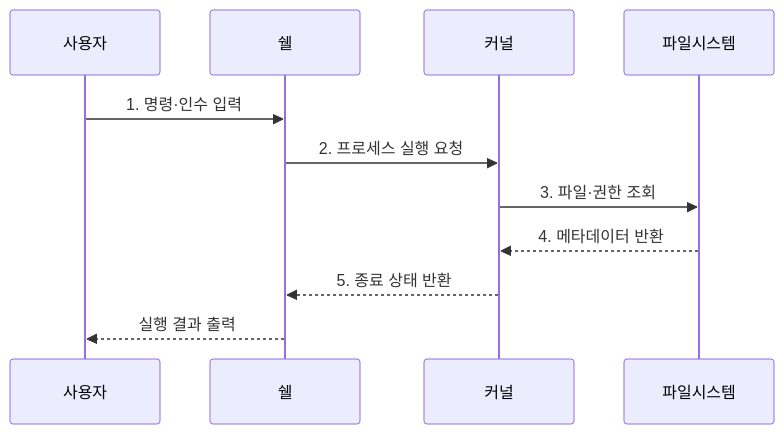
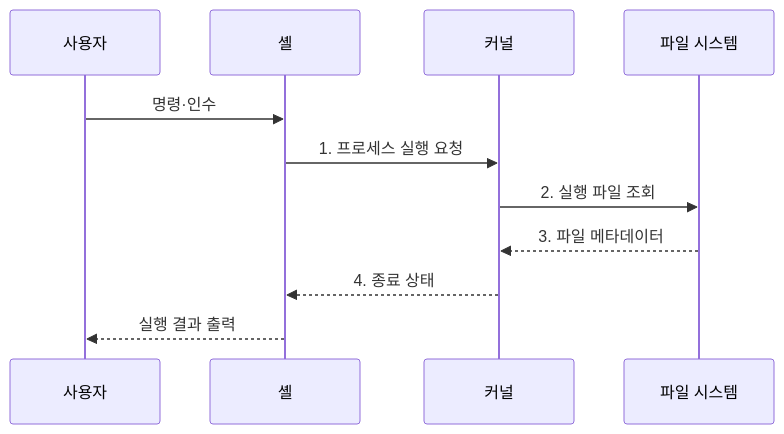
The second of 2 diagrams in src/content/docs/notes/03-software/023_unix_kernel_shell.md (agnusdei1207/knowledge-base), drawn with Mermaid before and after one commit. The commit also changed other lines of this file and 20 other files, not shown here.

````diff
--- a/src/content/docs/notes/03-software/023_unix_kernel_shell.md
+++ b/src/content/docs/notes/03-software/023_unix_kernel_shell.md
@@ -90,13 +92,13 @@
 ```mermaid
 sequenceDiagram
     participant U as 사용자
-    participant S as 쉘
+    participant S as 셸
     participant K as 커널
-    participant F as 파일시스템
-    U->>S: 1. 명령·인수 입력
-    S->>K: 2. 프로세스 실행 요청
-    K->>F: 3. 파일·권한 조회
-    F-->>K: 4. 메타데이터 반환
-    K-->>S: 5. 종료 상태 반환
+    participant F as 파일 시스템
+    U->>S: 명령·인수
+    S->>K: 1. 프로세스 실행 요청
+    K->>F: 2. 실행 파일 조회
+    F-->>K: 3. 파일 메타데이터
+    K-->>S: 4. 종료 상태
     S-->>U: 실행 결과 출력
 ```
````
